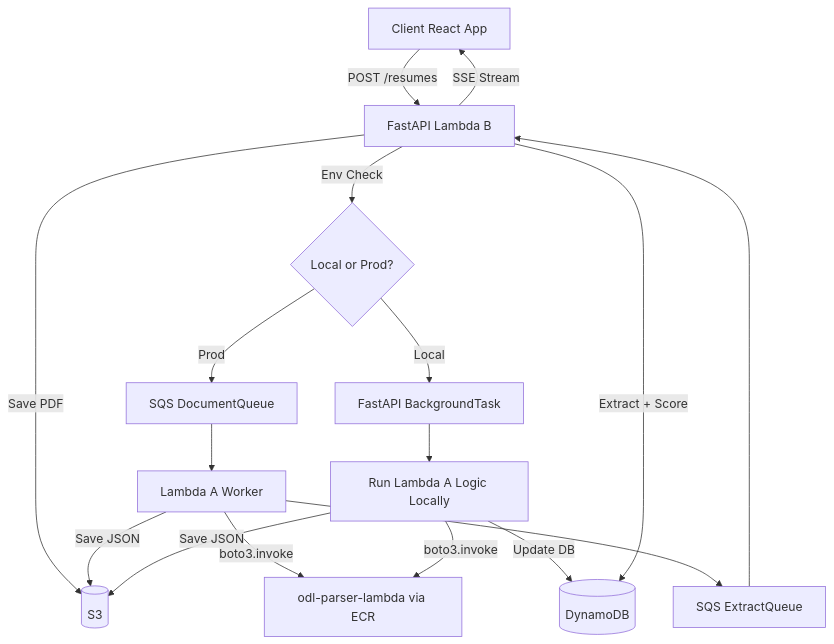
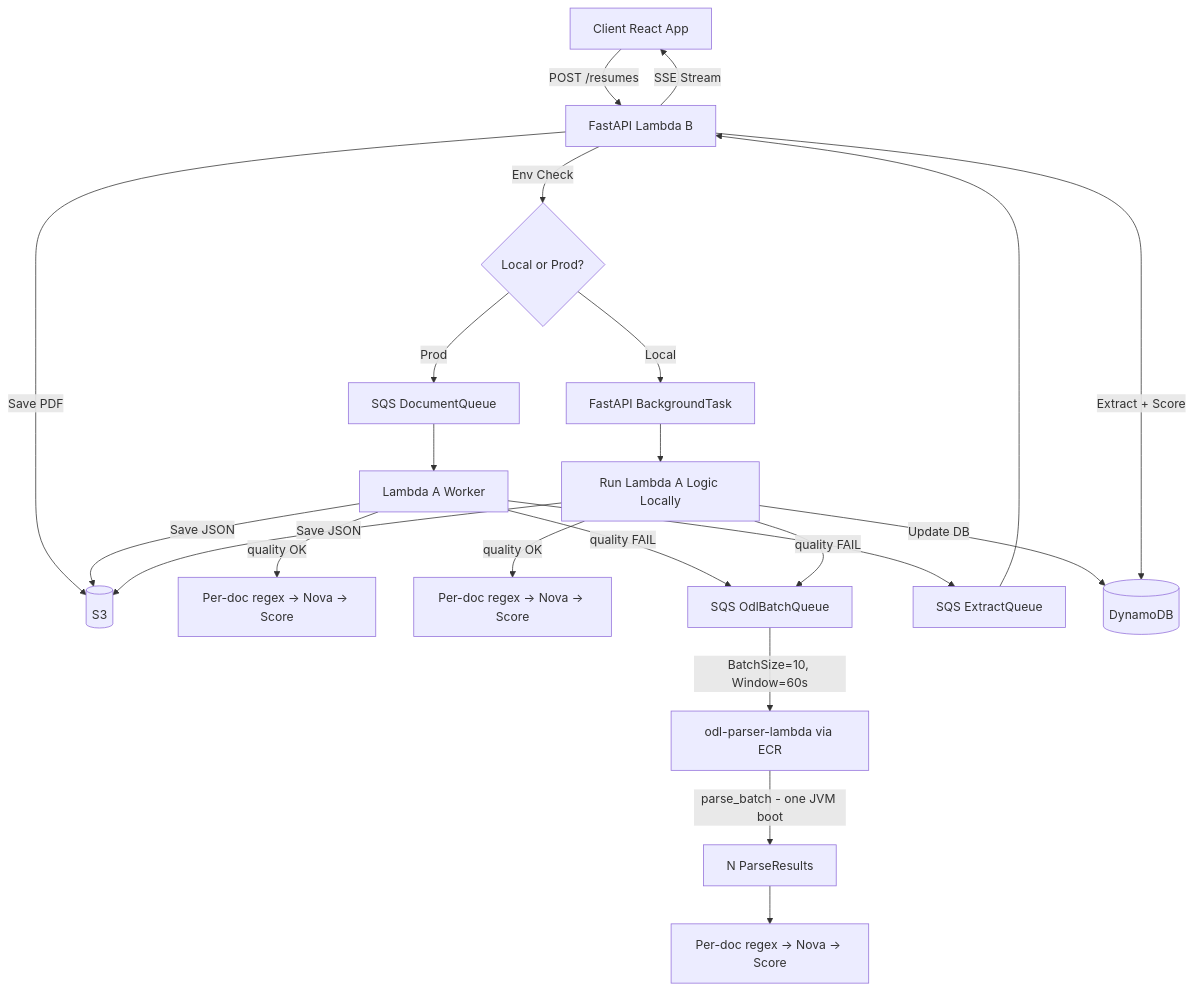
Before and after one commit to SGOD-pro/resume_ranker: the diagram in architecture.md, drawn with Mermaid. The commit also changed other lines of this file and 17 other files, not shown here.

````diff
--- a/architecture.md
+++ b/architecture.md
@@ -10,25 +10,32 @@
 ```mermaid
 graph TD
     Client[Client React App] -->|POST /resumes| API[FastAPI Lambda B]
     API -->|Save PDF| S3[(S3)]
     API -->|Env Check| Dev{Local or Prod?}
     
     Dev -->|Local| BGTask[FastAPI BackgroundTask]
     Dev -->|Prod| SQS1[SQS DocumentQueue]
     
     SQS1 --> LambdaA[Lambda A Worker]
     BGTask --> LambdaALogic[Run Lambda A Logic Locally]
     
-    LambdaA -->|boto3.invoke| ODLLambda[odl-parser-lambda via ECR]
-    LambdaALogic -->|boto3.invoke| ODLLambda
+    LambdaA -->|quality OK| DirectPipe1[Per-doc regex → Nova → Score]
+    LambdaALogic -->|quality OK| DirectPipe2[Per-doc regex → Nova → Score]
+
+    LambdaA -->|quality FAIL| OdlQ[SQS OdlBatchQueue]
+    LambdaALogic -->|quality FAIL| OdlQ
+
+    OdlQ -->|BatchSize=10, Window=60s| ODLLambda[odl-parser-lambda via ECR]
+    ODLLambda -->|parse_batch - one JVM boot| BatchResults[N ParseResults]
+    BatchResults --> PerDocPipe[Per-doc regex → Nova → Score]
     
     LambdaA -->|Save JSON| S3
     LambdaALogic -->|Save JSON| S3
     
     LambdaA --> SQS2[SQS ExtractQueue]
     LambdaALogic -->|Update DB| DB[(DynamoDB)]
     
     SQS2 --> API
     API -->|Extract + Score| DB
     API -->|SSE Stream| Client
 ```
````
